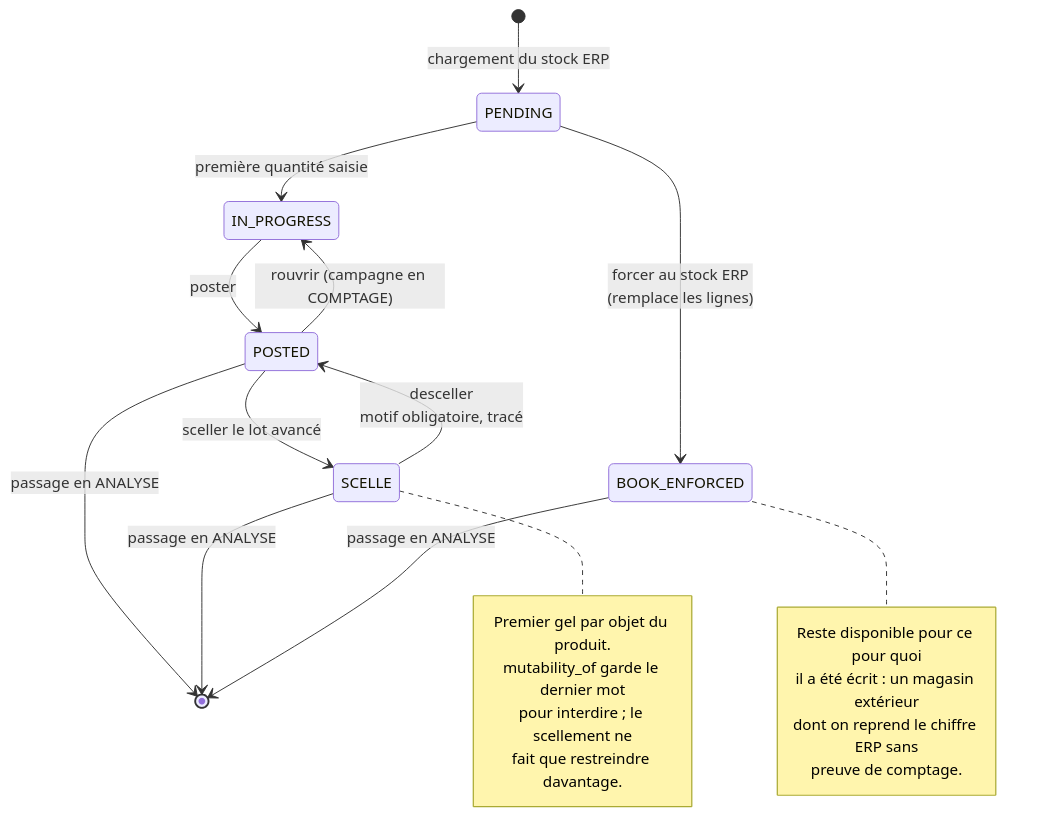
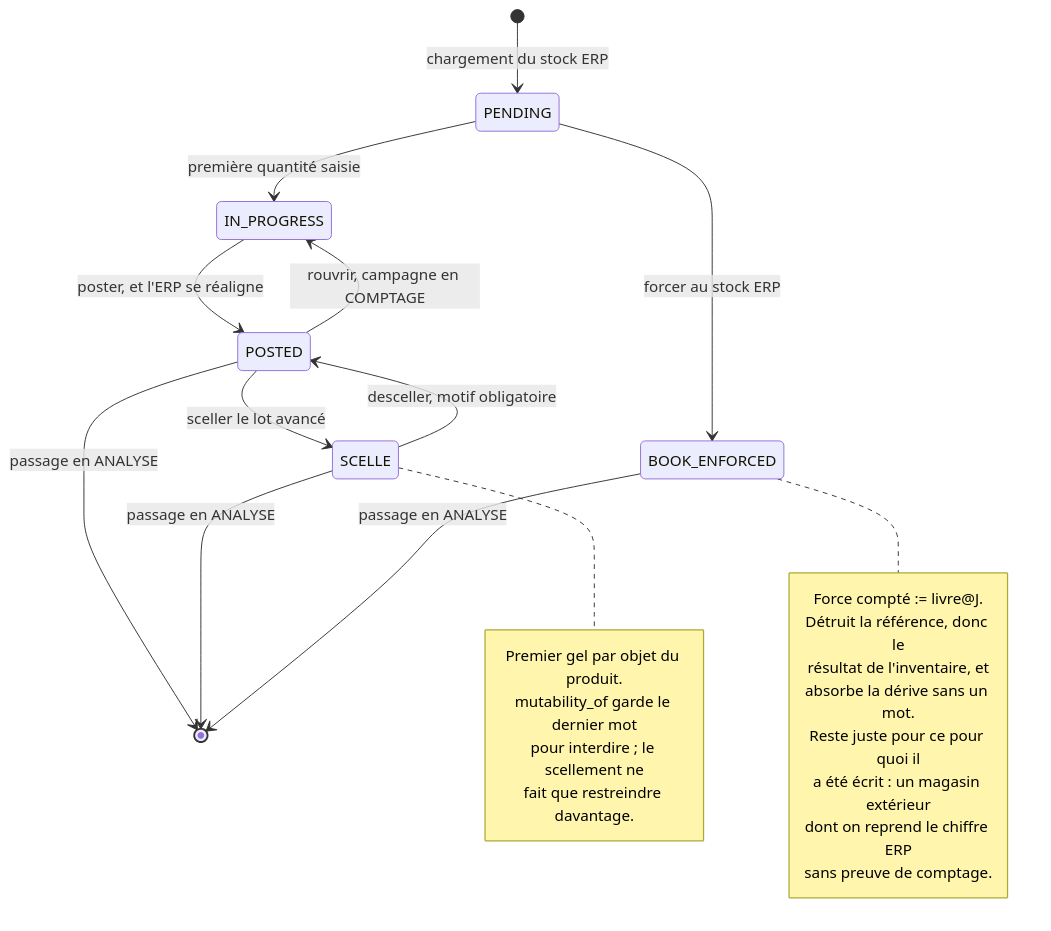
One commit to yns11/DEV-INV-G changed the eighth of 8 diagrams in docs/08-algorigrammes.md. Above: the diagram before and after it, drawn with Mermaid. The commit also changed other lines of this file and 1 other file, not shown here.

````diff
--- a/docs/08-algorigrammes.md
+++ b/docs/08-algorigrammes.md
@@ -221,30 +371,34 @@
 ```mermaid
 stateDiagram-v2
     [*] --> PENDING : chargement du stock ERP
 
     PENDING --> IN_PROGRESS : première quantité saisie
-    IN_PROGRESS --> POSTED : poster
-    POSTED --> IN_PROGRESS : rouvrir (campagne en COMPTAGE)
-    PENDING --> BOOK_ENFORCED : forcer au stock ERP<br/>(remplace les lignes)
+    IN_PROGRESS --> POSTED : poster, et l'ERP se réaligne
+    POSTED --> IN_PROGRESS : rouvrir, campagne en COMPTAGE
+    PENDING --> BOOK_ENFORCED : forcer au stock ERP
 
     POSTED --> SCELLE : sceller le lot avancé
-    SCELLE --> POSTED : desceller<br/>motif obligatoire, tracé
+    SCELLE --> POSTED : desceller, motif obligatoire
 
     POSTED --> [*] : passage en ANALYSE
     SCELLE --> [*] : passage en ANALYSE
     BOOK_ENFORCED --> [*] : passage en ANALYSE
 
     note right of SCELLE
         Premier gel par objet du produit.
         mutability_of garde le dernier mot
         pour interdire ; le scellement ne
         fait que restreindre davantage.
     end note
 
     note right of BOOK_ENFORCED
-        Reste disponible pour ce pour quoi
-        il a été écrit : un magasin extérieur
-        dont on reprend le chiffre ERP sans
-        preuve de comptage.
+        Force compté := livre@J.
+        Détruit la référence, donc le
+        résultat de l'inventaire, et
+        absorbe la dérive sans un mot.
+        Reste juste pour ce pour quoi il
+        a été écrit : un magasin extérieur
+        dont on reprend le chiffre ERP
+        sans preuve de comptage.
     end note
 ```
````
